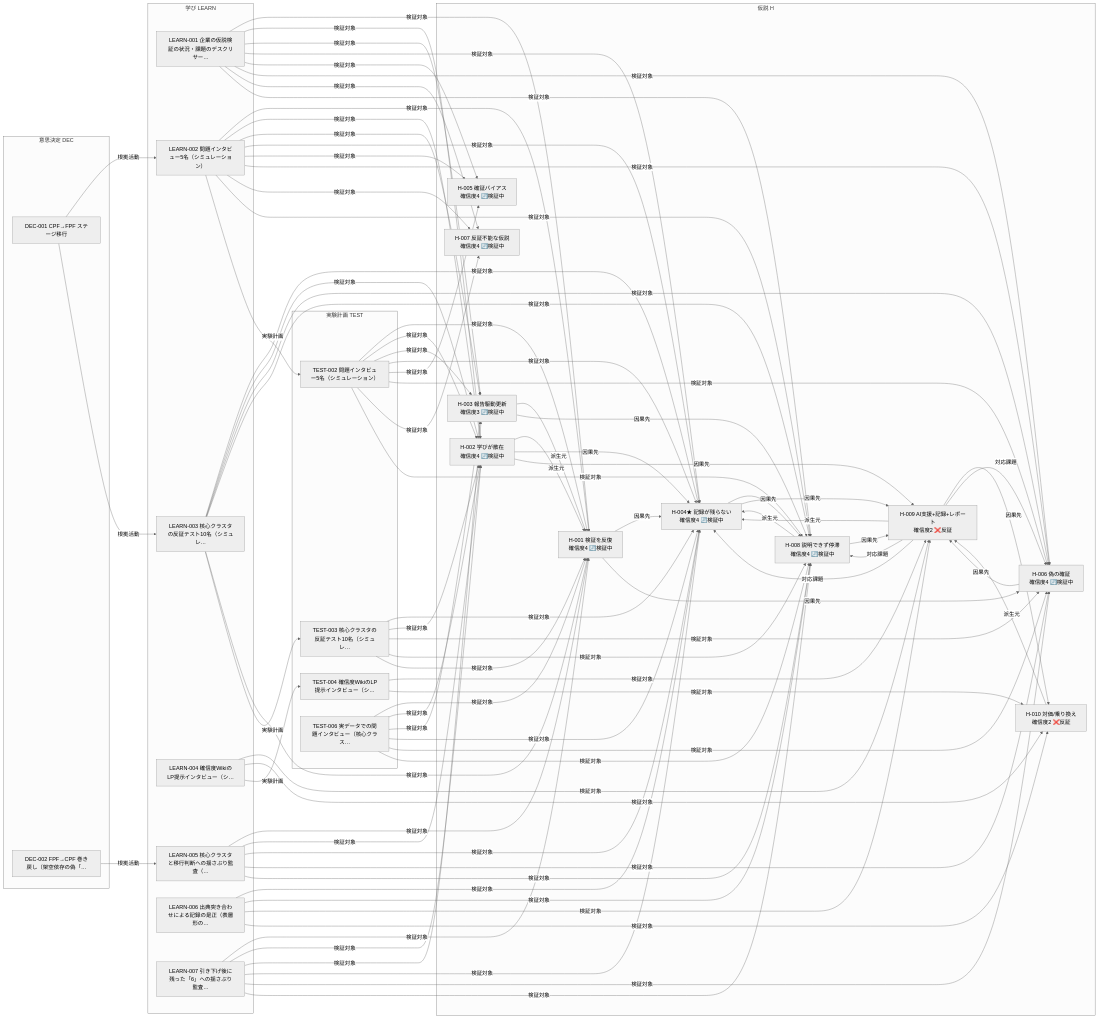
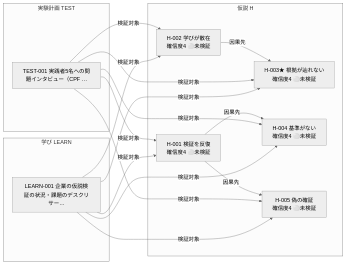
One commit to haru01/hypothesis-wiki changed the diagram in projects/self/wiki/views/relations.md. Above: the diagram before and after it, drawn with Mermaid (neutral theme). The commit also changed other lines of this file and 85 other files, not shown here.

````diff
--- a/projects/self/wiki/views/relations.md
+++ b/projects/self/wiki/views/relations.md
@@ -10,117 +9,29 @@
 ```mermaid
 flowchart LR
     subgraph H["仮説 H"]
-      SELF_H_001["H-001 検証を反復<br/>確信度4 🔄検証中"]
-      SELF_H_002["H-002 学びが散在<br/>確信度4 🔄検証中"]
-      SELF_H_003["H-003 報告駆動更新<br/>確信度3 🔄検証中"]
-      SELF_H_004["H-004★ 記録が残らない<br/>確信度4 🔄検証中"]
-      SELF_H_005["H-005 確証バイアス<br/>確信度4 🔄検証中"]
-      SELF_H_006["H-006 偽の確証<br/>確信度4 🔄検証中"]
-      SELF_H_007["H-007 反証不能な仮説<br/>確信度4 🔄検証中"]
-      SELF_H_008["H-008 説明できず停滞<br/>確信度4 🔄検証中"]
-      SELF_H_009["H-009 AI支援+記録+レポート<br/>確信度2 ❌反証"]
-      SELF_H_010["H-010 対価/乗り換え<br/>確信度2 ❌反証"]
+      SELF_H_001["H-001 検証を反復<br/>確信度4 ⚪未検証"]
+      SELF_H_002["H-002 学びが散在<br/>確信度4 ⚪未検証"]
+      SELF_H_003["H-003★ 根拠が辿れない<br/>確信度4 ⚪未検証"]
+      SELF_H_004["H-004 基準がない<br/>確信度4 ⚪未検証"]
+      SELF_H_005["H-005 偽の確証<br/>確信度4 ⚪未検証"]
     end
     subgraph TEST["実験計画 TEST"]
-      SELF_TEST_002["TEST-002 問題インタビュー5名（シミュレーション）"]
-      SELF_TEST_003["TEST-003 核心クラスタの反証テスト10名（シミュレ…"]
-      SELF_TEST_004["TEST-004 確信度WikiのLP提示インタビュー（シ…"]
-      SELF_TEST_006["TEST-006 実データでの問題インタビュー（核心クラス…"]
+      SELF_TEST_001["TEST-001 実践者5名への問題インタビュー（CPF …"]
     end
     subgraph LEARN["学び LEARN"]
       SELF_LEARN_001["LEARN-001 企業の仮説検証の状況・課題のデスクリサー…"]
-      SELF_LEARN_002["LEARN-002 問題インタビュー5名（シミュレーション）"]
-      SELF_LEARN_003["LEARN-003 核心クラスタの反証テスト10名（シミュレ…"]
-      SELF_LEARN_004["LEARN-004 確信度WikiのLP提示インタビュー（シ…"]
-      SELF_LEARN_005["LEARN-005 核心クラスタと移行判断への揺さぶり監査（…"]
-      SELF_LEARN_006["LEARN-006 出典突き合わせによる記録の是正（表層形の…"]
-      SELF_LEARN_007["LEARN-007 引き下げ後に残った「6」への揺さぶり監査…"]
-    end
-    subgraph DEC["意思決定 DEC"]
-      SELF_DEC_001["DEC-001 CPF→FPF ステージ移行"]
-      SELF_DEC_002["DEC-002 FPF→CPF 巻き戻し（架空依存の偽「…"]
     end
     SELF_H_001 -->|因果先| SELF_H_004
-    SELF_H_001 -->|因果先| SELF_H_006
-    SELF_H_002 -->|派生元| SELF_H_001
-    SELF_H_002 -->|因果先| SELF_H_004
-    SELF_H_002 -->|因果先| SELF_H_009
-    SELF_H_003 -->|派生元| SELF_H_001
-    SELF_H_003 -->|因果先| SELF_H_008
-    SELF_H_004 -->|因果先| SELF_H_008
-    SELF_H_004 -->|因果先| SELF_H_009
-    SELF_H_006 -->|因果先| SELF_H_009
-    SELF_H_008 -->|派生元| SELF_H_004
-    SELF_H_008 -->|因果先| SELF_H_009
-    SELF_H_009 -->|派生元| SELF_H_004
-    SELF_H_009 -->|因果先| SELF_H_010
-    SELF_H_009 -->|対応課題| SELF_H_004
-    SELF_H_009 -->|対応課題| SELF_H_006
-    SELF_H_009 -->|対応課題| SELF_H_008
-    SELF_H_010 -->|派生元| SELF_H_009
-    SELF_TEST_002 -->|検証対象| SELF_H_001
-    SELF_TEST_002 -->|検証対象| SELF_H_002
-    SELF_TEST_002 -->|検証対象| SELF_H_003
-    SELF_TEST_002 -->|検証対象| SELF_H_004
-    SELF_TEST_002 -->|検証対象| SELF_H_005
-    SELF_TEST_002 -->|検証対象| SELF_H_006
-    SELF_TEST_002 -->|検証対象| SELF_H_007
-    SELF_TEST_002 -->|検証対象| SELF_H_008
-    SELF_TEST_003 -->|検証対象| SELF_H_004
-    SELF_TEST_003 -->|検証対象| SELF_H_002
-    SELF_TEST_003 -->|検証対象| SELF_H_006
-    SELF_TEST_003 -->|検証対象| SELF_H_008
-    SELF_TEST_003 -->|検証対象| SELF_H_001
-    SELF_TEST_004 -->|検証対象| SELF_H_009
-    SELF_TEST_004 -->|検証対象| SELF_H_010
-    SELF_TEST_006 -->|検証対象| SELF_H_001
-    SELF_TEST_006 -->|検証対象| SELF_H_002
-    SELF_TEST_006 -->|検証対象| SELF_H_003
-    SELF_TEST_006 -->|検証対象| SELF_H_004
-    SELF_TEST_006 -->|検証対象| SELF_H_006
-    SELF_TEST_006 -->|検証対象| SELF_H_008
+    SELF_H_001 -->|因果先| SELF_H_005
+    SELF_H_002 -->|因果先| SELF_H_003
+    SELF_TEST_001 -->|検証対象| SELF_H_001
+    SELF_TEST_001 -->|検証対象| SELF_H_002
+    SELF_TEST_001 -->|検証対象| SELF_H_003
+    SELF_TEST_001 -->|検証対象| SELF_H_004
+    SELF_TEST_001 -->|検証対象| SELF_H_005
     SELF_LEARN_001 -->|検証対象| SELF_H_001
     SELF_LEARN_001 -->|検証対象| SELF_H_002
     SELF_LEARN_001 -->|検証対象| SELF_H_003
     SELF_LEARN_001 -->|検証対象| SELF_H_004
     SELF_LEARN_001 -->|検証対象| SELF_H_005
-    SELF_LEARN_001 -->|検証対象| SELF_H_006
-    SELF_LEARN_001 -->|検証対象| SELF_H_007
-    SELF_LEARN_001 -->|検証対象| SELF_H_008
-    SELF_LEARN_002 -->|検証対象| SELF_H_001
-    SELF_LEARN_002 -->|検証対象| SELF_H_002
-    SELF_LEARN_002 -->|検証対象| SELF_H_003
-    SELF_LEARN_002 -->|検証対象| SELF_H_004
-    SELF_LEARN_002 -->|検証対象| SELF_H_005
-    SELF_LEARN_002 -->|検証対象| SELF_H_006
-    SELF_LEARN_002 -->|検証対象| SELF_H_007
-    SELF_LEARN_002 -->|検証対象| SELF_H_008
-    SELF_LEARN_002 -->|実験計画| SELF_TEST_002
-    SELF_LEARN_003 -->|検証対象| SELF_H_004
-    SELF_LEARN_003 -->|検証対象| SELF_H_002
-    SELF_LEARN_003 -->|検証対象| SELF_H_006
-    SELF_LEARN_003 -->|検証対象| SELF_H_008
-    SELF_LEARN_003 -->|検証対象| SELF_H_001
-    SELF_LEARN_003 -->|実験計画| SELF_TEST_003
-    SELF_LEARN_004 -->|検証対象| SELF_H_009
-    SELF_LEARN_004 -->|検証対象| SELF_H_010
-    SELF_LEARN_004 -->|実験計画| SELF_TEST_004
-    SELF_LEARN_005 -->|検証対象| SELF_H_001
-    SELF_LEARN_005 -->|検証対象| SELF_H_002
-    SELF_LEARN_005 -->|検証対象| SELF_H_004
-    SELF_LEARN_005 -->|検証対象| SELF_H_006
-    SELF_LEARN_005 -->|検証対象| SELF_H_008
-    SELF_LEARN_006 -->|検証対象| SELF_H_004
-    SELF_LEARN_006 -->|検証対象| SELF_H_008
-    SELF_LEARN_006 -->|検証対象| SELF_H_009
-    SELF_LEARN_006 -->|検証対象| SELF_H_010
-    SELF_LEARN_007 -->|検証対象| SELF_H_001
-    SELF_LEARN_007 -->|検証対象| SELF_H_002
-    SELF_LEARN_007 -->|検証対象| SELF_H_003
-    SELF_LEARN_007 -->|検証対象| SELF_H_004
-    SELF_LEARN_007 -->|検証対象| SELF_H_006
-    SELF_LEARN_007 -->|検証対象| SELF_H_008
-    SELF_DEC_001 -->|根拠活動| SELF_LEARN_002
-    SELF_DEC_001 -->|根拠活動| SELF_LEARN_003
-    SELF_DEC_002 -->|根拠活動| SELF_LEARN_005
 ```
````
